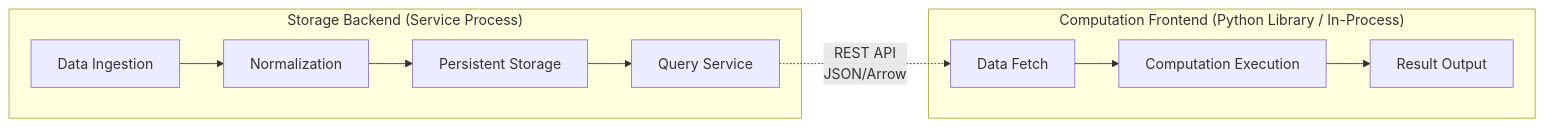
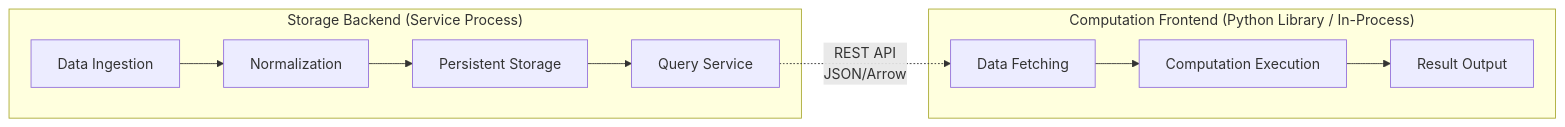
Before and after one commit to RESBI/StockStatistic: the second of 23 diagrams in DESIGN.md, drawn with Mermaid. The commit also changed other lines of this file, not shown here.

````diff
--- a/DESIGN.md
+++ b/DESIGN.md
@@ -128,19 +143,19 @@
 ```mermaid
 graph LR
     subgraph Storage["Storage Backend (Service Process)"]
-        S1["Data Ingestion"]
-        S2["Normalization"]
-        S3["Persistent Storage"]
-        S4["Query Service"]
+        S1[Data Ingestion]
+        S2[Normalization]
+        S3[Persistent Storage]
+        S4[Query Service]
         S1 --> S2 --> S3 --> S4
     end
 
     subgraph Compute["Computation Frontend (Python Library / In-Process)"]
-        C1["Data Fetch"]
-        C2["Computation Execution"]
-        C3["Result Output"]
+        C1[Data Fetching]
+        C2[Computation Execution]
+        C3[Result Output]
         C1 --> C2 --> C3
     end
 
     S4 -.->|"REST API<br/>JSON/Arrow"| C1
 ```
````
